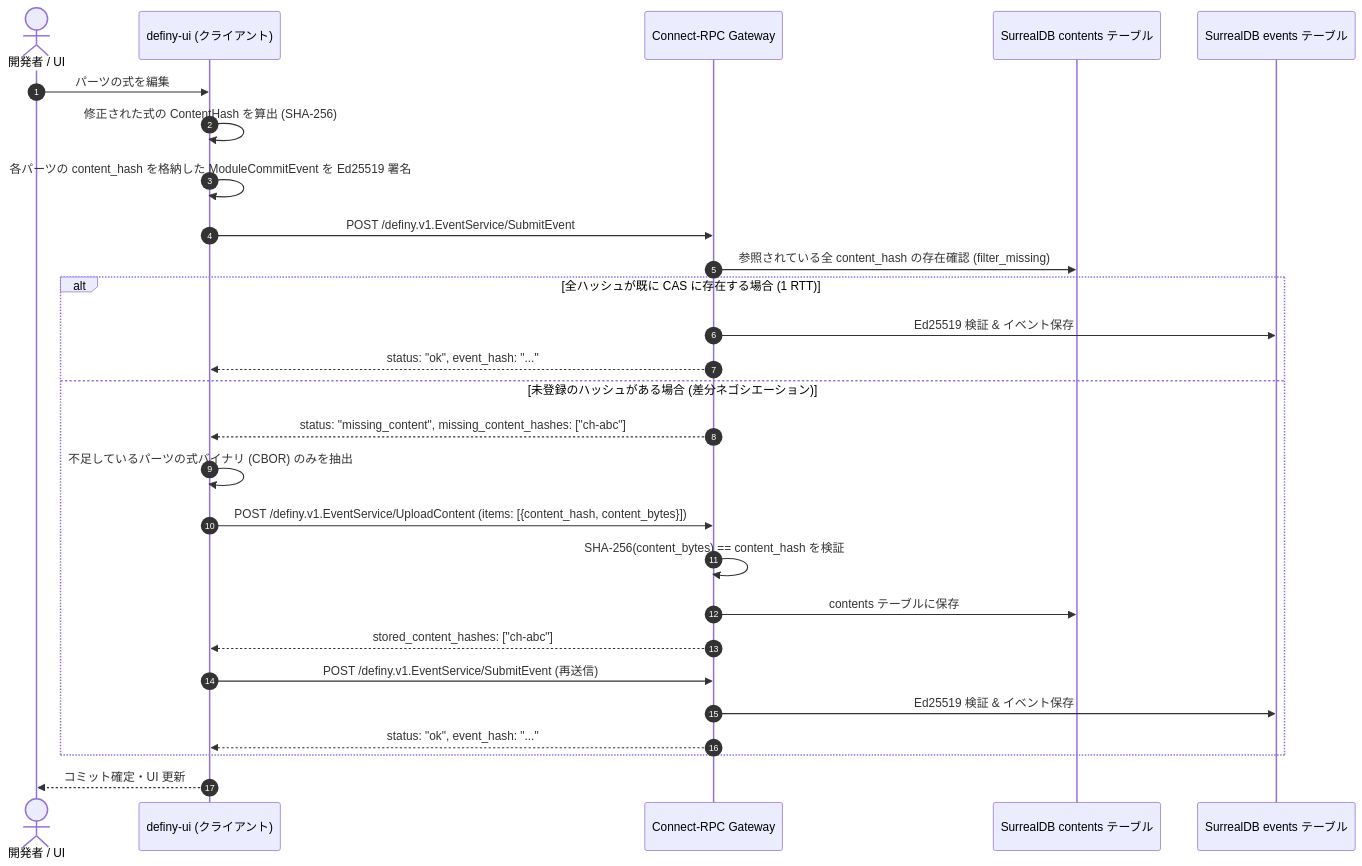
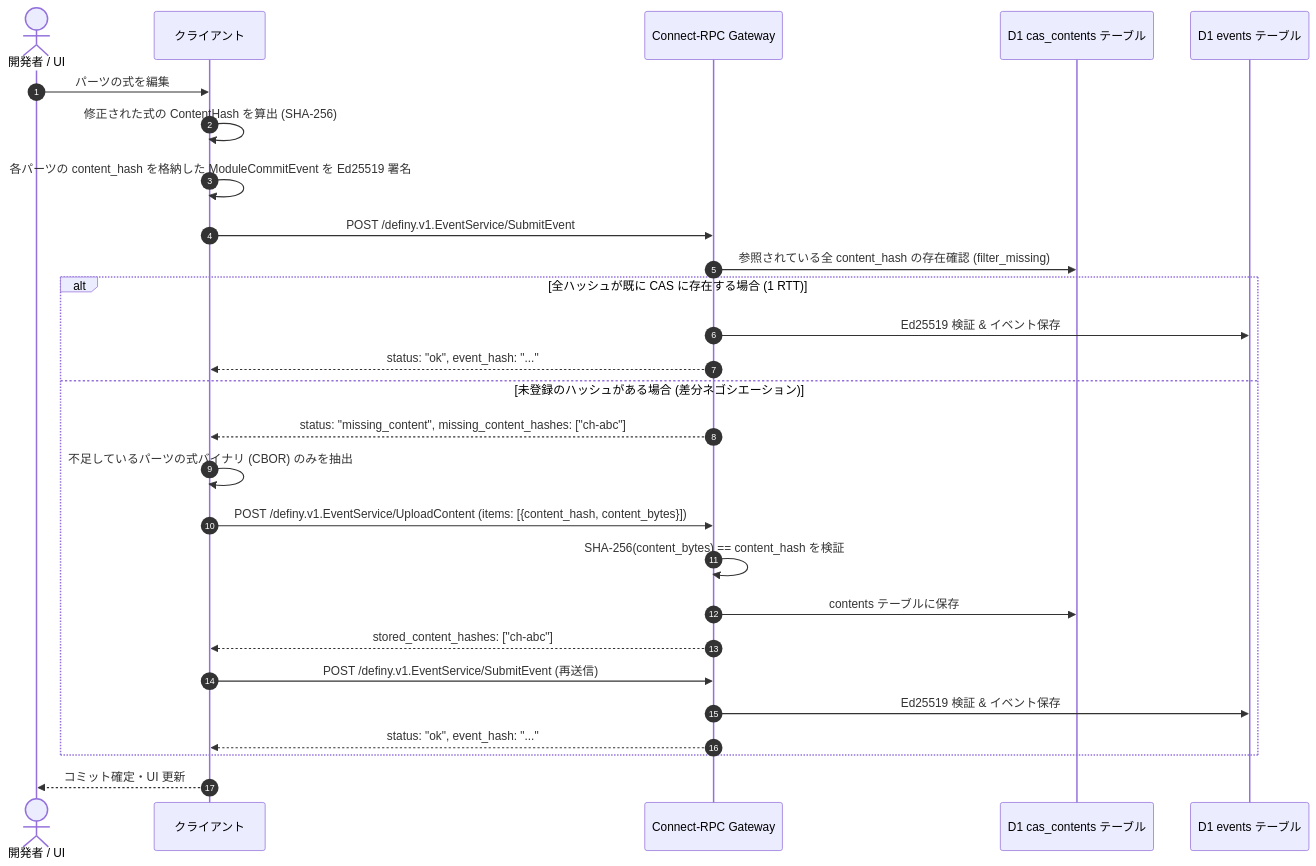
The second of 2 diagrams in docs/content-addressed.md (narumincho/definy), drawn with Mermaid before and after one commit. The commit also changed other lines of this file and 39 other files, not shown here.

````diff
--- a/docs/content-addressed.md
+++ b/docs/content-addressed.md
@@ -280,30 +238,30 @@
 ```mermaid
 sequenceDiagram
     autonumber
     actor User as 開発者 / UI
-    participant Client as definy-ui (クライアント)
+    participant Client as クライアント
     participant Gateway as Connect-RPC Gateway
-    participant CAS as SurrealDB contents テーブル
-    participant DB as SurrealDB events テーブル
+    participant CAS as D1 cas_contents テーブル
+    participant DB as D1 events テーブル
 
     User->>Client: パーツの式を編集
     Client->>Client: 修正された式の ContentHash を算出 (SHA-256)
     Client->>Client: 各パーツの content_hash を格納した ModuleCommitEvent を Ed25519 署名
     Client->>Gateway: POST /definy.v1.EventService/SubmitEvent
     Gateway->>CAS: 参照されている全 content_hash の存在確認 (filter_missing)
     alt 全ハッシュが既に CAS に存在する場合 (1 RTT)
         Gateway->>DB: Ed25519 検証 & イベント保存
         Gateway-->>Client: status: "ok", event_hash: "..."
     else 未登録のハッシュがある場合 (差分ネゴシエーション)
         Gateway-->>Client: status: "missing_content", missing_content_hashes: ["ch-abc"]
         Client->>Client: 不足しているパーツの式バイナリ (CBOR) のみを抽出
         Client->>Gateway: POST /definy.v1.EventService/UploadContent (items: [{content_hash, content_bytes}])
         Gateway->>Gateway: SHA-256(content_bytes) == content_hash を検証
         Gateway->>CAS: contents テーブルに保存
         Gateway-->>Client: stored_content_hashes: ["ch-abc"]
         Client->>Gateway: POST /definy.v1.EventService/SubmitEvent (再送信)
         Gateway->>DB: Ed25519 検証 & イベント保存
         Gateway-->>Client: status: "ok", event_hash: "..."
     end
     Client-->>User: コミット確定・UI 更新
 ```
````
